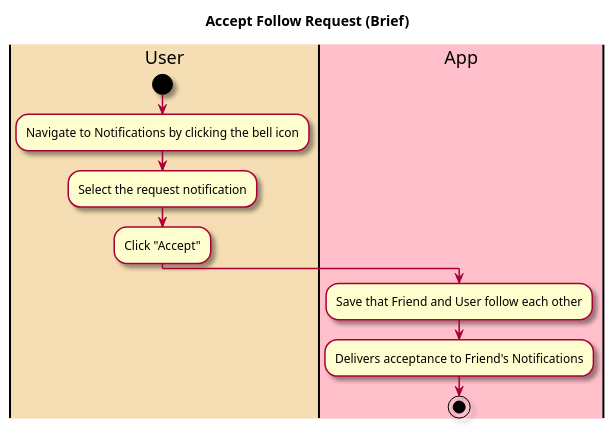
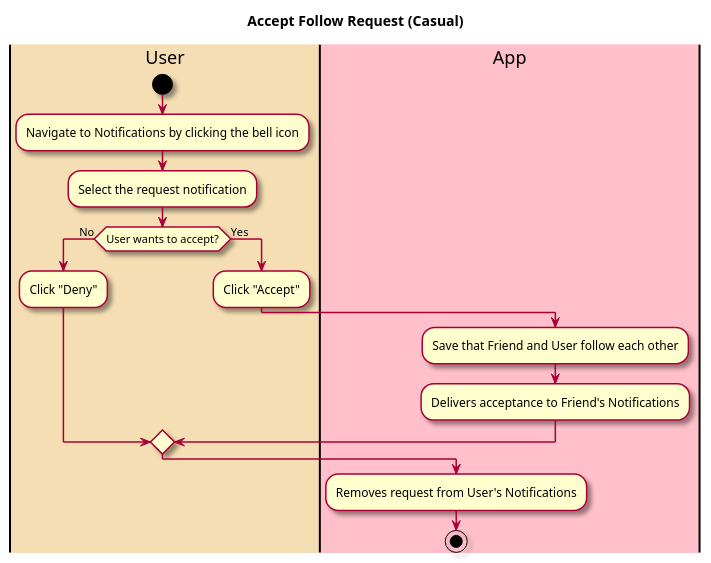
One commit to tanwasp/LunchBox-Android changed the diagram in intellij/doc/use_cases/accept-follow-request.md. Above: the diagram before and after it, drawn with PlantUML. The commit also changed other lines of this file and 4 other files, not shown here.

````diff
--- a/intellij/doc/use_cases/accept-follow-request.md
+++ b/intellij/doc/use_cases/accept-follow-request.md
@@ -23,23 +23,27 @@
 ```plantuml
 @startuml
 
 skin rose
 
-title Accept Follow Request (Brief)
+title Accept Follow Request (Casual)
 
 |#wheat|User|
 |#pink|App|
 
 |User|
 start
 :Navigate to Notifications by clicking the bell icon;
 :Select the request notification;
+if (User wants to accept?) is (No) then 
+:Click "Deny";
+else (Yes)
 :Click "Accept";
-
 |App|
 :Save that Friend and User follow each other;
 :Delivers acceptance to Friend's Notifications;
+endif
+:Removes request from User's Notifications;
 
 stop
 @enduml
 ```
````
